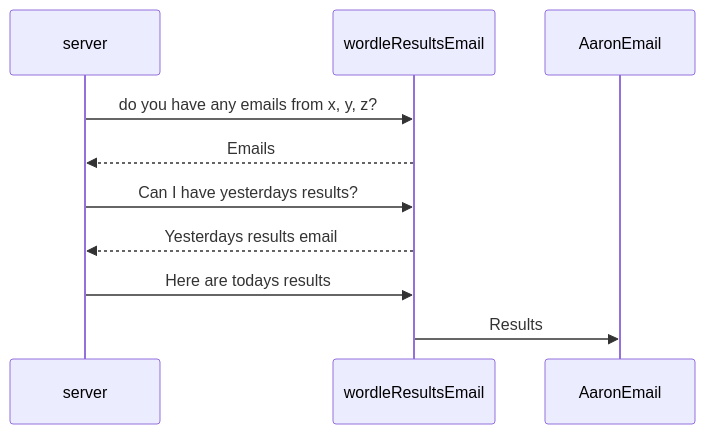
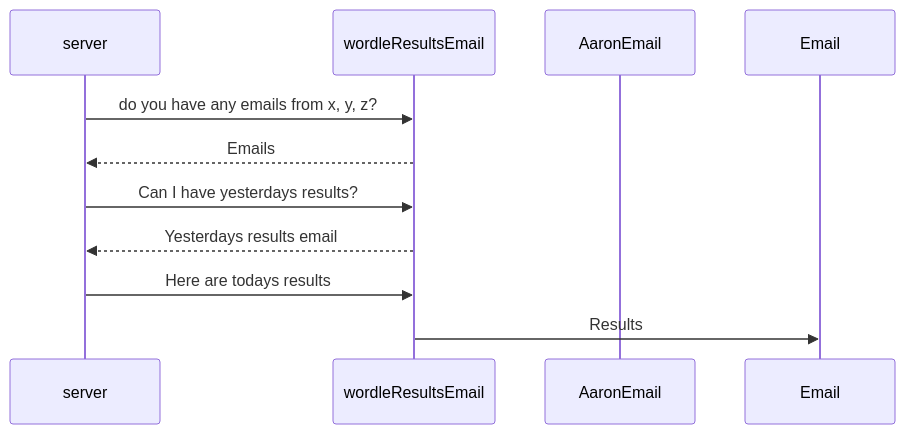
Before and after one commit to siananigans/wordle-leaderboard: the diagram in README.md, drawn with Mermaid.

````diff
--- a/README.md
+++ b/README.md
@@ -8,12 +8,12 @@
 ```mermaid
 sequenceDiagram
   participant server
   participant wordleResultsEmail
   participant AaronEmail
   server->>wordleResultsEmail: do you have any emails from x, y, z?
   wordleResultsEmail-->>server: Emails
   server->>wordleResultsEmail: Can I have yesterdays results?
   wordleResultsEmail-->>server: Yesterdays results email
   server->>wordleResultsEmail: Here are todays results
-  wordleResultsEmail->>AaronEmail: Results
+  wordleResultsEmail->>Email: Results
 ```
````
